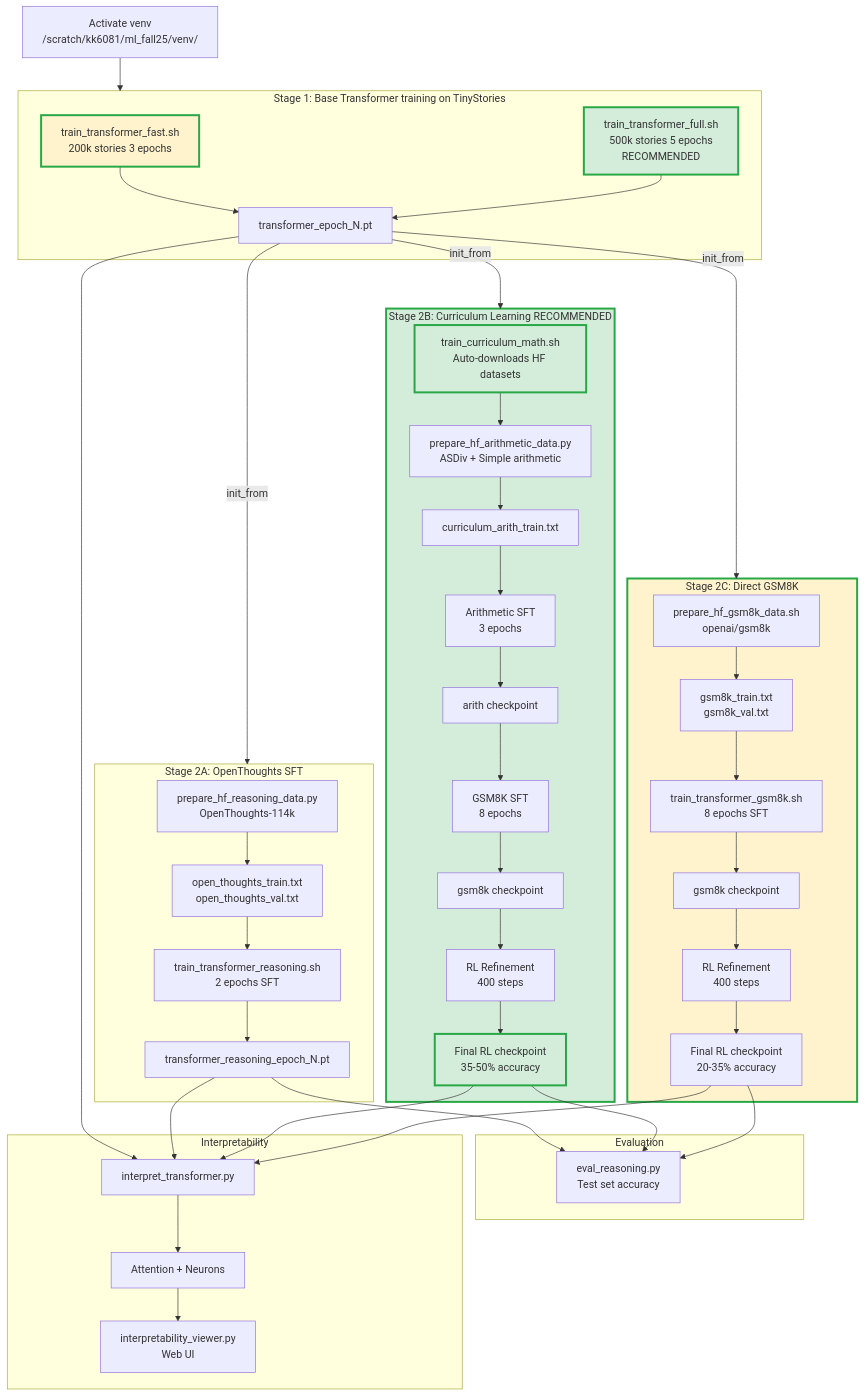
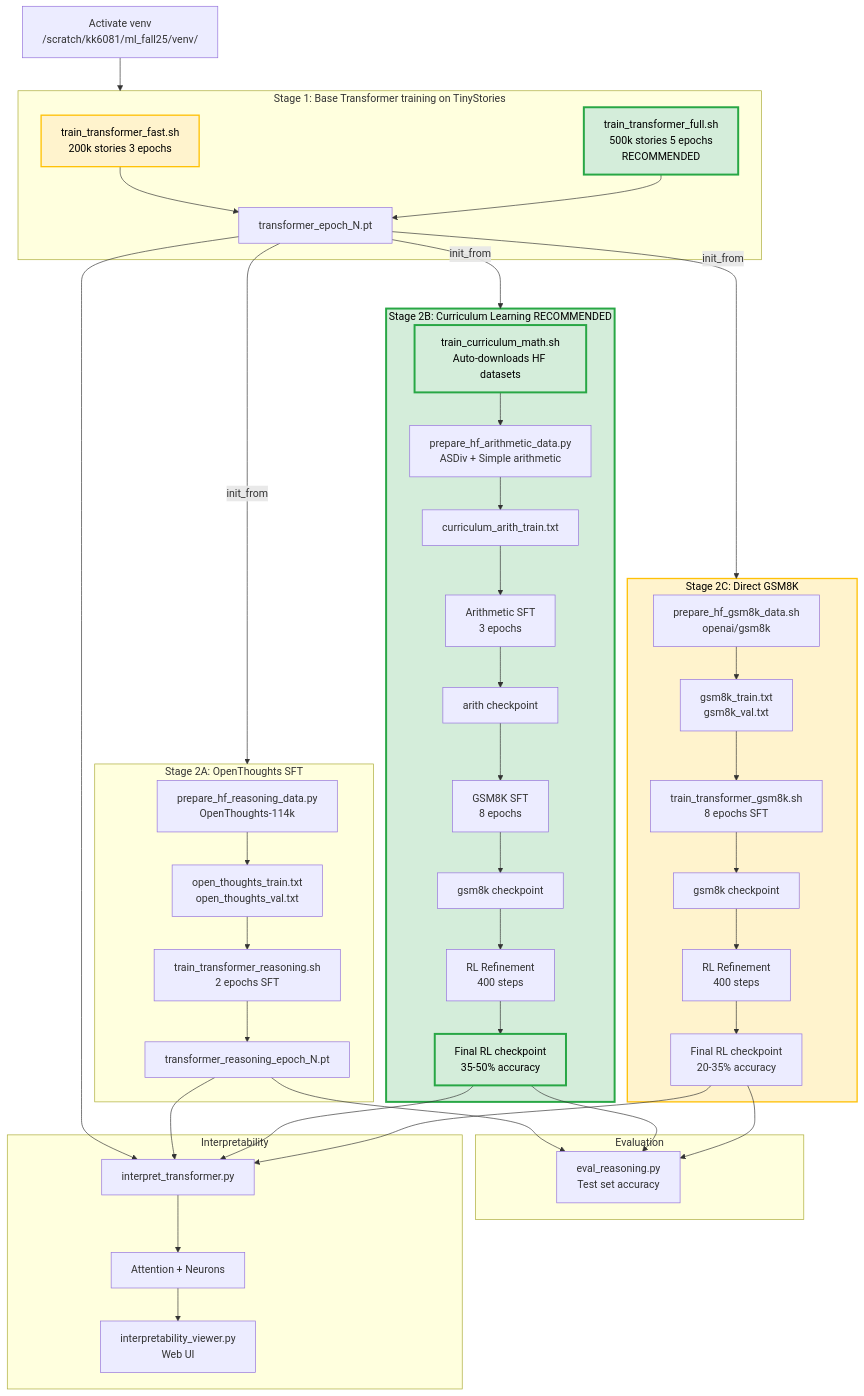
One commit to FruitPnchSamuraiG/pico-llm changed the diagram in README.md. Above: the diagram before and after it, drawn with Mermaid.

````diff
--- a/README.md
+++ b/README.md
@@ -10,66 +10,66 @@
 ```mermaid
 flowchart TD
   VENV[Activate venv<br/>/scratch/kk6081/ml_fall25/venv/] --> BASE
 
   subgraph BASE["Stage 1: Base Transformer training on TinyStories"]
     TFAST[train_transformer_fast.sh<br/>200k stories 3 epochs]
     TFULL[train_transformer_full.sh<br/>500k stories 5 epochs<br/>RECOMMENDED]
     TFAST --> CKPT1[transformer_epoch_N.pt]
     TFULL --> CKPT1
   end
 
   CKPT1 -->|init_from| OT
   CKPT1 -->|init_from| CURR
   CKPT1 -->|init_from| GSM
 
   subgraph OT["Stage 2A: OpenThoughts SFT"]
     OTDATA[prepare_hf_reasoning_data.py<br/>OpenThoughts-114k] --> OTFILES[open_thoughts_train.txt<br/>open_thoughts_val.txt]
     OTFILES --> OTSFT[train_transformer_reasoning.sh<br/>2 epochs SFT]
     OTSFT --> OTCKPT[transformer_reasoning_epoch_N.pt]
   end
 
   subgraph CURR["Stage 2B: Curriculum Learning RECOMMENDED"]
     CURRSTART[train_curriculum_math.sh<br/>Auto-downloads HF datasets]
     CURRSTART --> ARITHDATA[prepare_hf_arithmetic_data.py<br/>ASDiv + Simple arithmetic]
     ARITHDATA --> ARITHFILES[curriculum_arith_train.txt]
     ARITHFILES --> ARITHSFT[Arithmetic SFT<br/>3 epochs]
     ARITHSFT --> ARITHCKPT[arith checkpoint]
     ARITHCKPT --> CURRGSM[GSM8K SFT<br/>8 epochs]
     CURRGSM --> CURRGSMCKPT[gsm8k checkpoint]
     CURRGSMCKPT --> CURRRL[RL Refinement<br/>400 steps]
     CURRRL --> CURRCKPT[Final RL checkpoint<br/>35-50% accuracy]
   end
 
   subgraph GSM["Stage 2C: Direct GSM8K"]
     GSM_PREP[prepare_hf_gsm8k_data.sh<br/>openai/gsm8k] --> GSMFILES[gsm8k_train.txt<br/>gsm8k_val.txt]
     GSMFILES --> GSMSFT[train_transformer_gsm8k.sh<br/>8 epochs SFT]
     GSMSFT --> GSMCKPT[gsm8k checkpoint]
     GSMCKPT --> GSMRL[RL Refinement<br/>400 steps]
     GSMRL --> RLCKPT[Final RL checkpoint<br/>20-35% accuracy]
   end
 
   subgraph EVAL["Evaluation"]
     E1[eval_reasoning.py<br/>Test set accuracy]
   end
 
   OTCKPT --> E1
   CURRCKPT --> E1
   RLCKPT --> E1
 
   subgraph INTERP["Interpretability"]
     IT[interpret_transformer.py]
     IT --> IOUT[Attention + Neurons]
     IOUT --> VIEW[interpretability_viewer.py<br/>Web UI]
   end
 
   CKPT1 --> IT
   OTCKPT --> IT
   CURRCKPT --> IT
   RLCKPT --> IT
 
-  classDef recommended fill:#d4edda,stroke:#28a745,stroke-width:3px
-  classDef warning fill:#fff3cd,stroke:#28a745,stroke-width:3px
+  classDef recommended fill:#d4edda,stroke:#28a745,stroke-width:3px,color:#000
+  classDef warning fill:#fff3cd,stroke:#ffc107,stroke-width:2px,color:#000
   
   class CURR,TFULL,CURRSTART,CURRCKPT recommended
   class TFAST,GSM warning
 ```
````
